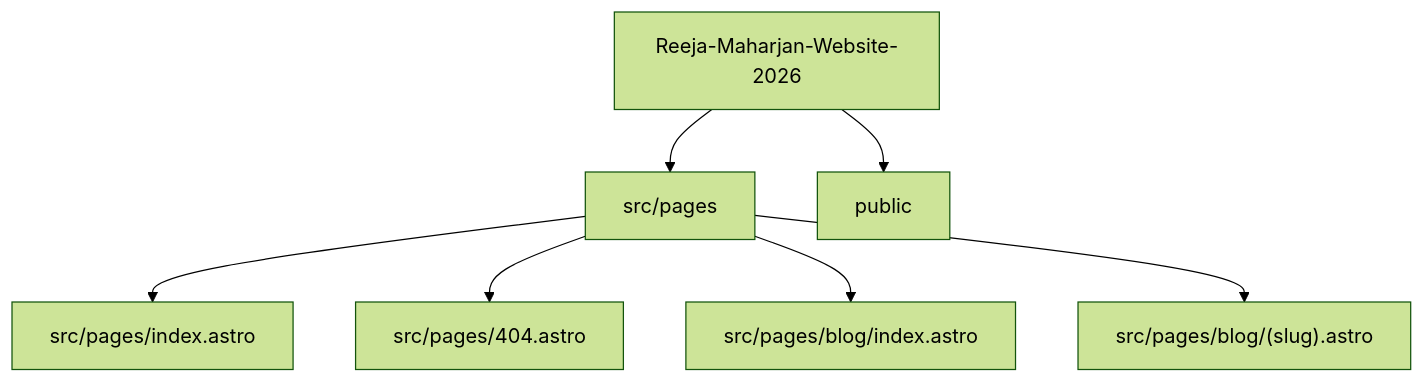
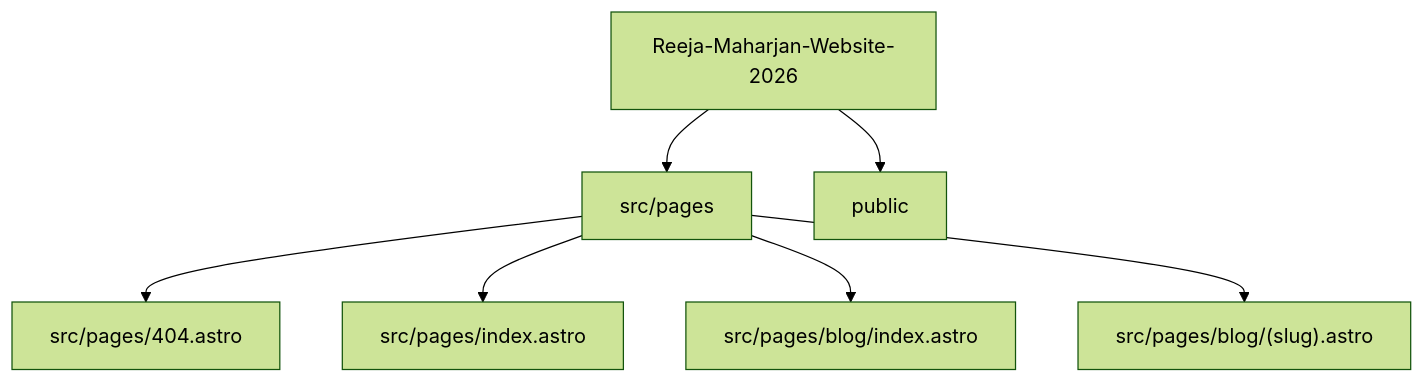
Before and after one commit to Nischhalsubba/Reeja-Maharjan-Website-2026: the second of 5 diagrams in README.md, drawn with Mermaid (forest theme).

Commit message:
docs: apply designer README standard

````diff
--- a/README.md
+++ b/README.md
@@ -85,10 +85,10 @@
 ```mermaid
 flowchart TD
     APP["Reeja-Maharjan-Website-2026"]
     APP --> R0["src/pages"]
     APP --> R1["public"]
-    R0 --> F0["src/pages/index.astro"]
-    R0 --> F1["src/pages/404.astro"]
+    R0 --> F0["src/pages/404.astro"]
+    R0 --> F1["src/pages/index.astro"]
     R0 --> F2["src/pages/blog/index.astro"]
     R0 --> F3["src/pages/blog/(slug).astro"]
 ```
````
